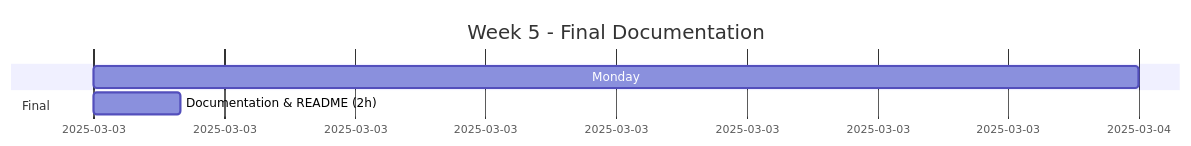
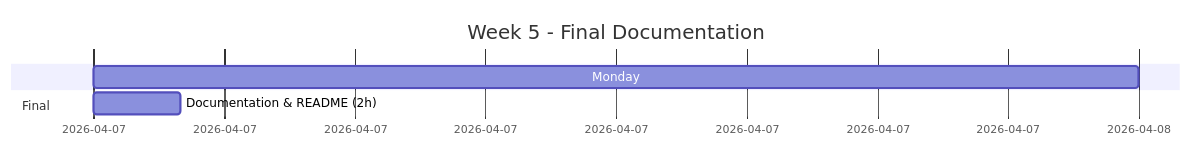
Before and after one commit to johnmarkovalo/BetWise: the sixth of 7 diagrams in docs/Android/Kotlin Android MVP Development Timeline.md, drawn with Mermaid. The commit also changed other lines of this file and 8 other files, not shown here.

````diff
--- a/docs/Android/Kotlin Android MVP Development Timeline.md
+++ b/docs/Android/Kotlin Android MVP Development Timeline.md
@@ -169,10 +169,10 @@
 ```mermaid
 gantt
     title Week 5 - Final Documentation
     dateFormat  YYYY-MM-DD
-    
-    Monday :mon5, 2025-03-03, 1d
-    
+
+    Monday :mon5, 2026-04-07, 1d
+
     section Final
-    Documentation & README (2h):s11, 2025-03-03, 2h
+    Documentation & README (2h):s11, 2026-04-07, 2h
 ```
````
